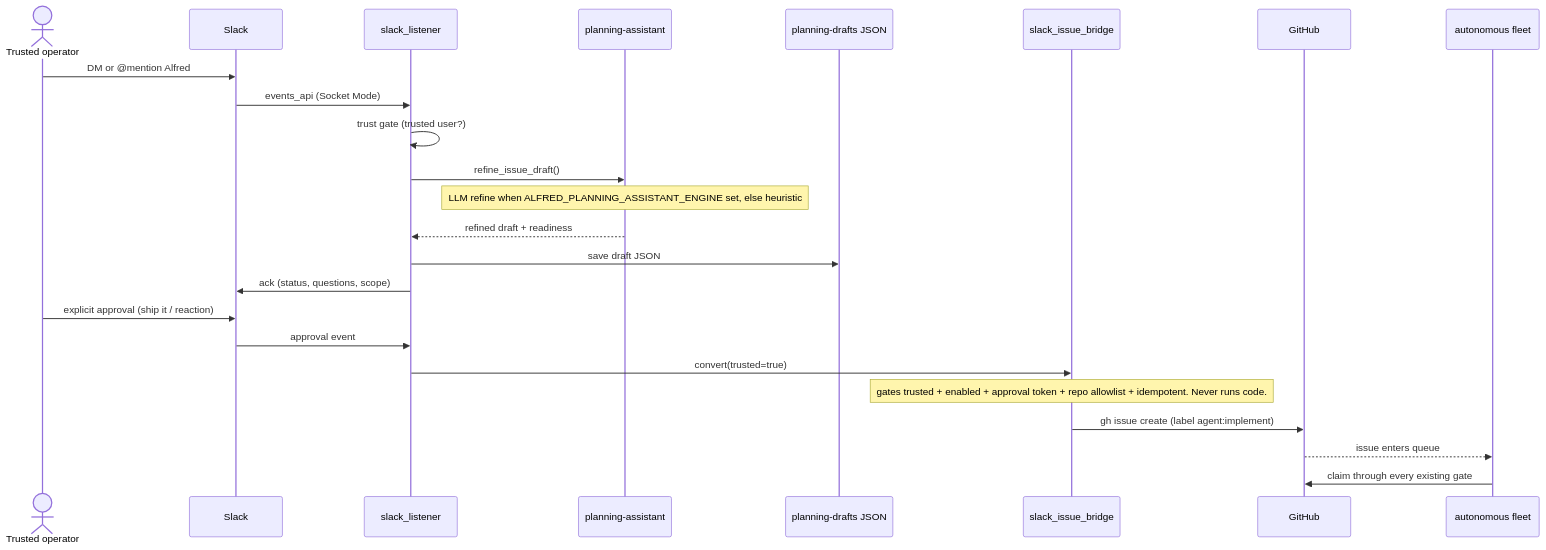
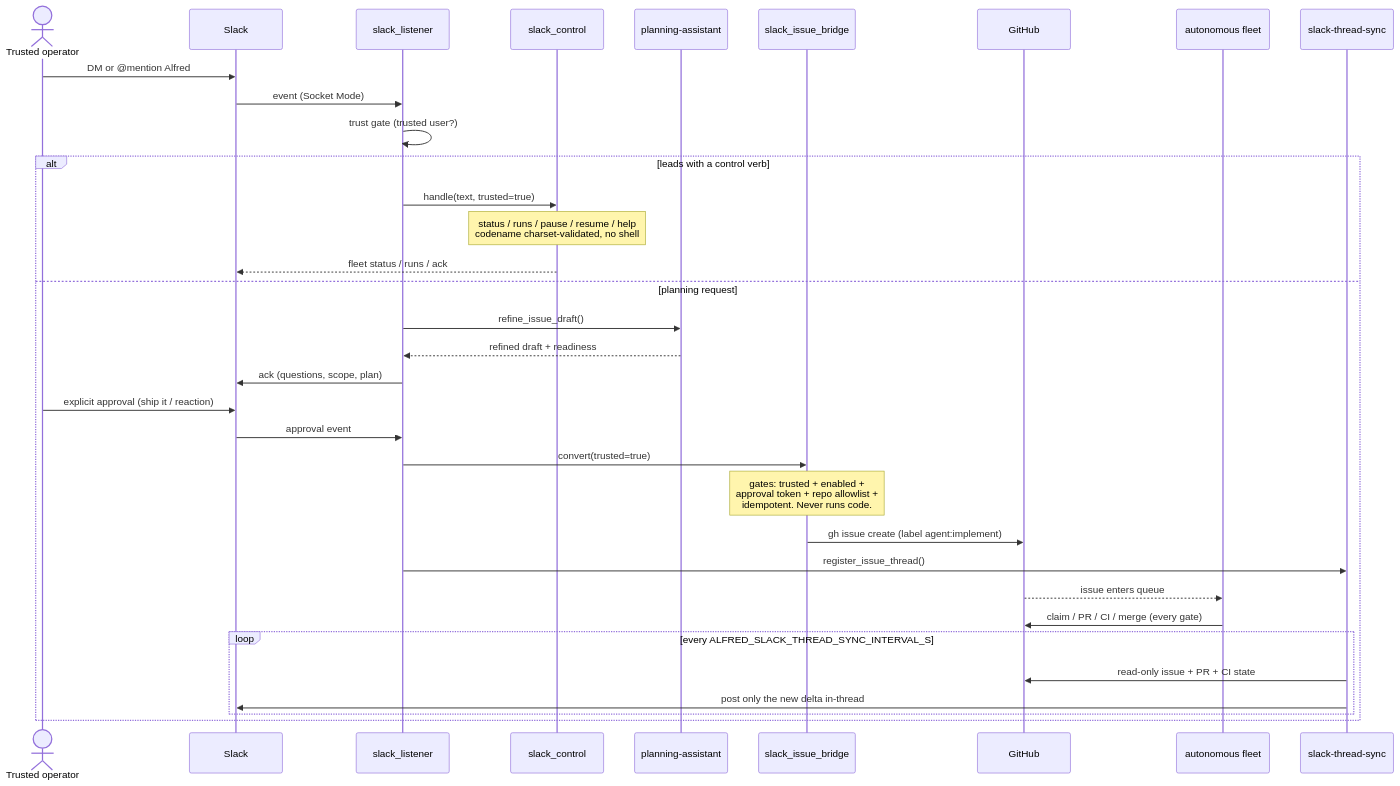
One commit to luminik-io/alfred-os changed the fourth of 8 diagrams in docs/ARCHITECTURE.md. Above: the diagram before and after it, drawn with Mermaid. The commit also changed other lines of this file and 10 other files, not shown here.

First line of the commit message:
docs: document Slack conversational layer, desktop client, plain mode, and distribution (#161)

````diff
--- a/docs/ARCHITECTURE.md
+++ b/docs/ARCHITECTURE.md
@@ -136,27 +141,37 @@
 ```mermaid
 sequenceDiagram
     actor op as Trusted operator
     participant slack as Slack
     participant listener as slack_listener
+    participant ctrl as slack_control
     participant pa as planning-assistant
-    participant draft as planning-drafts JSON
     participant bridge as slack_issue_bridge
     participant gh as GitHub
     participant fleet as autonomous fleet
+    participant sync as slack-thread-sync
 
     op->>slack: DM or @mention Alfred
-    slack->>listener: events_api (Socket Mode)
+    slack->>listener: event (Socket Mode)
     listener->>listener: trust gate (trusted user?)
-    listener->>pa: refine_issue_draft()
-    Note over pa: LLM refine when ALFRED_PLANNING_ASSISTANT_ENGINE set, else heuristic
-    pa-->>listener: refined draft + readiness
-    listener->>draft: save draft JSON
-    listener->>slack: ack (status, questions, scope)
-    op->>slack: explicit approval (ship it / reaction)
-    slack->>listener: approval event
-    listener->>bridge: convert(trusted=true)
-    Note over bridge: gates trusted + enabled + approval token + repo allowlist + idempotent. Never runs code.
-    bridge->>gh: gh issue create (label agent:implement)
-    gh-->>fleet: issue enters queue
-    fleet->>gh: claim through every existing gate
+    alt leads with a control verb
+        listener->>ctrl: handle(text, trusted=true)
+        Note over ctrl: status / runs / pause / resume / help<br/>codename charset-validated, no shell
+        ctrl-->>slack: fleet status / runs / ack
+    else planning request
+        listener->>pa: refine_issue_draft()
+        pa-->>listener: refined draft + readiness
+        listener->>slack: ack (questions, scope, plan)
+        op->>slack: explicit approval (ship it / reaction)
+        slack->>listener: approval event
+        listener->>bridge: convert(trusted=true)
+        Note over bridge: gates: trusted + enabled +<br/>approval token + repo allowlist +<br/>idempotent. Never runs code.
+        bridge->>gh: gh issue create (label agent:implement)
+        listener->>sync: register_issue_thread()
+        gh-->>fleet: issue enters queue
+        fleet->>gh: claim / PR / CI / merge (every gate)
+        loop every ALFRED_SLACK_THREAD_SYNC_INTERVAL_S
+            sync->>gh: read-only issue + PR + CI state
+            sync->>slack: post only the new delta in-thread
+        end
+    end
 ```
````
